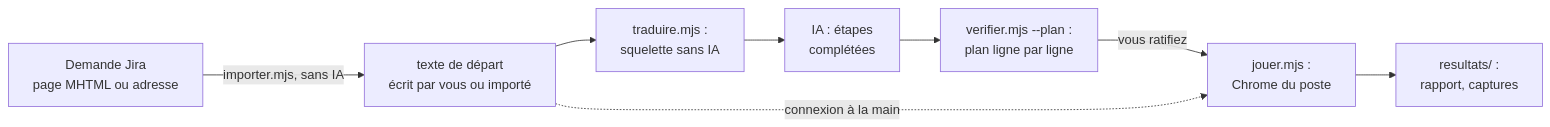
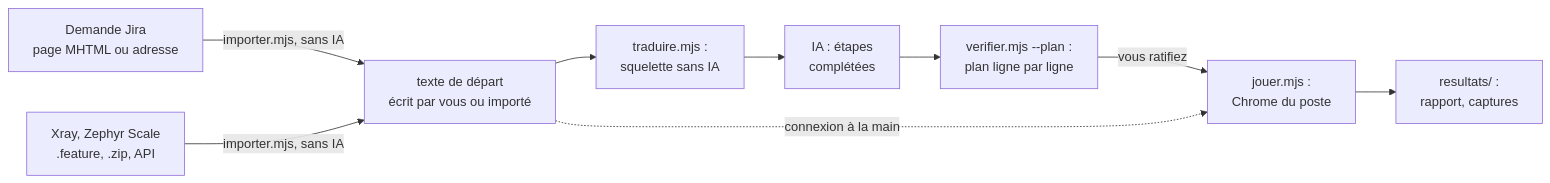
Before and after one commit to FredGarcia/Agent2Prompt: the diagram in docs/scenario-playwright/mode-emploi.md, drawn with Mermaid. The commit also changed other lines of this file and 20 other files, not shown here.

````diff
--- a/docs/scenario-playwright/mode-emploi.md
+++ b/docs/scenario-playwright/mode-emploi.md
@@ -5,10 +5,11 @@
 ```mermaid
 flowchart LR
   JI["Demande Jira<br/>page MHTML ou adresse"] -->|"importer.mjs, sans IA"| V
+  XZ["Xray, Zephyr Scale<br/>.feature, .zip, API"] -->|"importer.mjs, sans IA"| V
   V["texte de départ<br/>écrit par vous ou importé"] --> T["traduire.mjs :<br/>squelette sans IA"]
   T --> IA["IA : étapes<br/>complétées"]
   IA --> P["verifier.mjs --plan :<br/>plan ligne par ligne"]
   P -->|"vous ratifiez"| J["jouer.mjs :<br/>Chrome du poste"]
   V -.->|"connexion à la main"| J
   J --> R["resultats/ :<br/>rapport, captures"]
 ```
````
